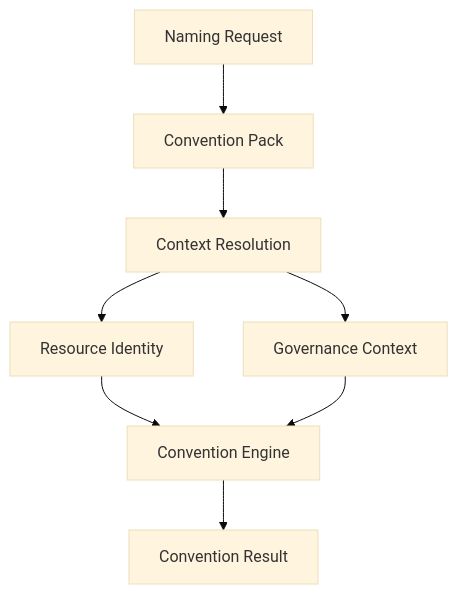
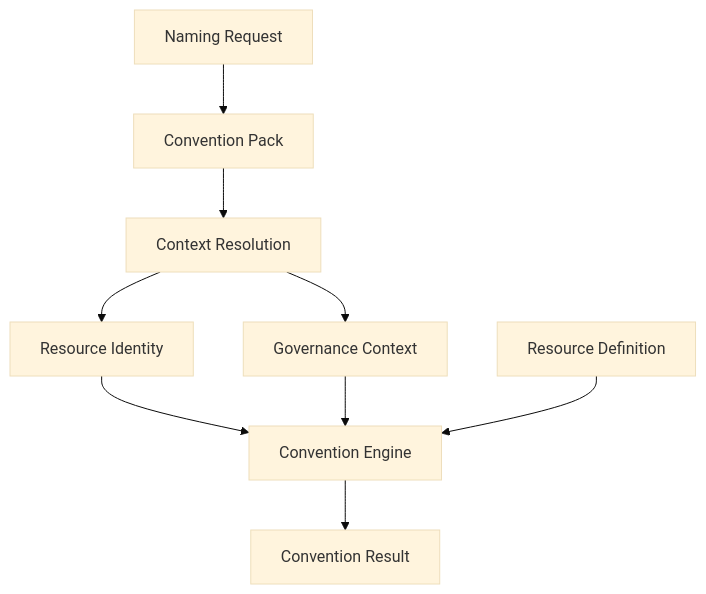
The diagram in specification/governance-context.md (lksnext/iac-resource-conventions), drawn with Mermaid (base theme) before and after one commit. The commit also changed other lines of this file and 7 other files, not shown here.

Commit message:
docs(specification): complete the conceptual architecture

````diff
--- a/specification/governance-context.md
+++ b/specification/governance-context.md
@@ -83,10 +83,12 @@
 ```mermaid
 flowchart TD
     NR["Naming Request"] --> CP["Convention Pack"]
     CP --> CR["Context Resolution"]
     CR --> RI["Resource Identity"]
     CR --> GC["Governance Context"]
+    RD["Resource Definition"]
     RI --> CE["Convention Engine"]
     GC --> CE
+    RD --> CE
     CE --> Result["Convention Result"]
 ```
````
